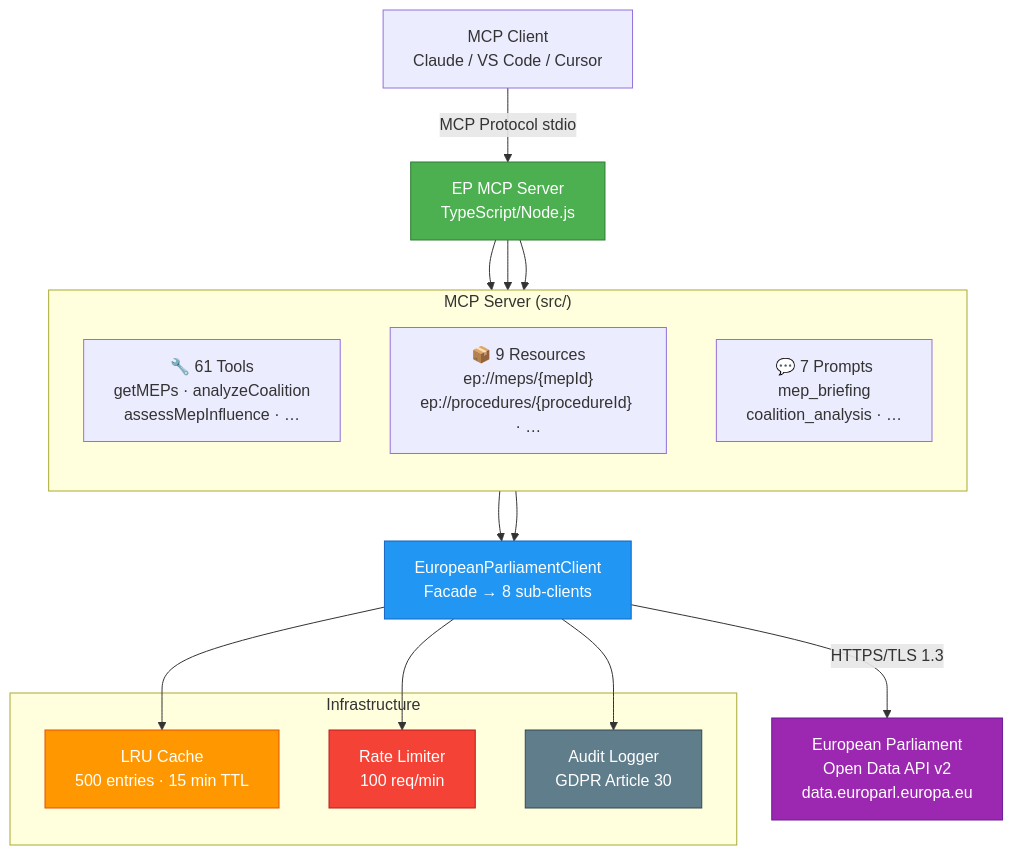
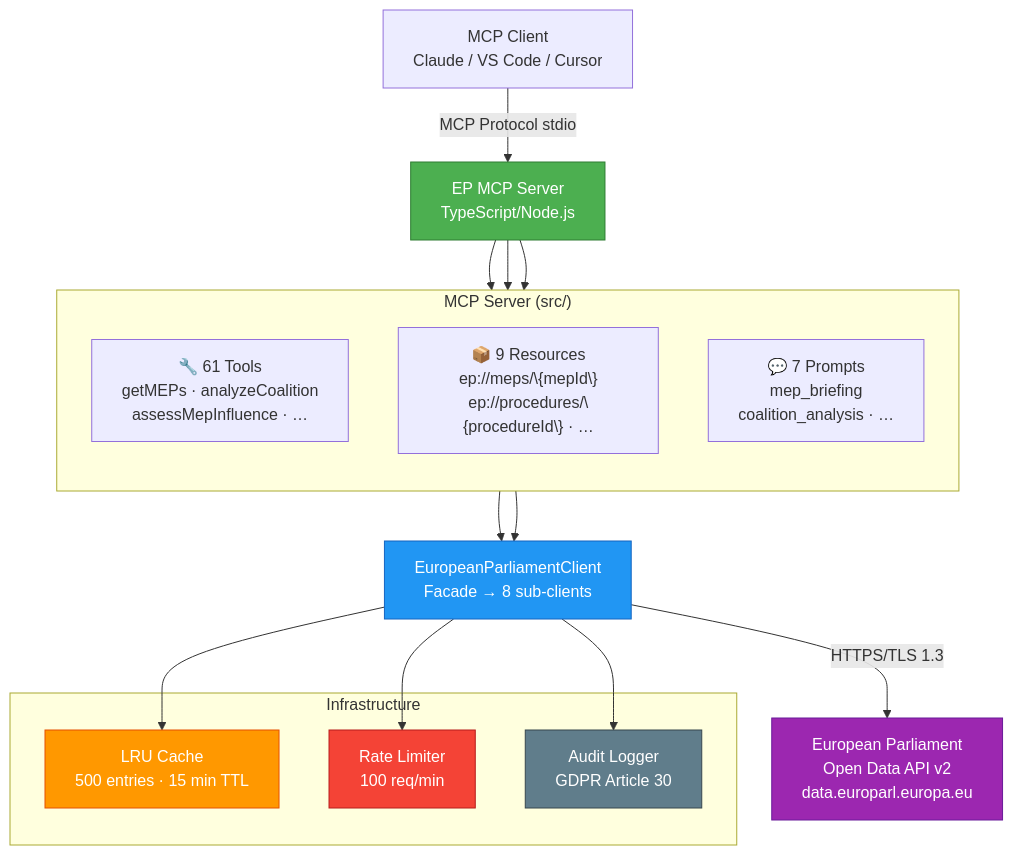
The first of 6 diagrams in docs/api-markdown/README.md (Hack23/European-Parliament-MCP-Server), drawn with Mermaid before and after one commit. The commit also changed other lines of this file and 1829 other files, not shown here.

````diff
--- a/docs/api-markdown/README.md
+++ b/docs/api-markdown/README.md
@@ -513,35 +513,35 @@
 ```mermaid
 graph TB
     Client[MCP Client<br/>Claude / VS Code / Cursor] -->|MCP Protocol stdio| Server[EP MCP Server<br/>TypeScript/Node.js]
 
     subgraph "MCP Server (src/)"
         direction TB
         Tools[🔧 61 Tools<br/>getMEPs · analyzeCoalition<br/>assessMepInfluence · …]
-        Resources["📦 9 Resources<br/>ep://meps/{mepId}<br/>ep://procedures/{procedureId} · …"]
+        Resources["📦 9 Resources<br/>ep://meps/\{mepId\}<br/>ep://procedures/\{procedureId\} · …"]
         Prompts[💬 7 Prompts<br/>mep_briefing<br/>coalition_analysis · …]
     end
 
     Server --> Tools
     Server --> Resources
     Server --> Prompts
 
     subgraph "Infrastructure"
         Cache[LRU Cache<br/>500 entries · 15 min TTL]
         RateLimiter[Rate Limiter<br/>100 req/min]
         AuditLog[Audit Logger<br/>GDPR Article 30]
     end
 
     Tools --> EPClient[EuropeanParliamentClient<br/>Facade → 8 sub-clients]
     Resources --> EPClient
     EPClient --> Cache
     EPClient --> RateLimiter
     EPClient --> AuditLog
     EPClient -->|HTTPS/TLS 1.3| EPAPI[European Parliament<br/>Open Data API v2<br/>data.europarl.europa.eu]
 
     style Server fill:#4CAF50,stroke:#2E7D32,color:#fff
     style EPClient fill:#2196F3,stroke:#1565C0,color:#fff
     style EPAPI fill:#9C27B0,stroke:#6A1B9A,color:#fff
     style Cache fill:#FF9800,stroke:#E65100,color:#fff
     style RateLimiter fill:#F44336,stroke:#B71C1C,color:#fff
     style AuditLog fill:#607D8B,stroke:#37474F,color:#fff
 ```
````
